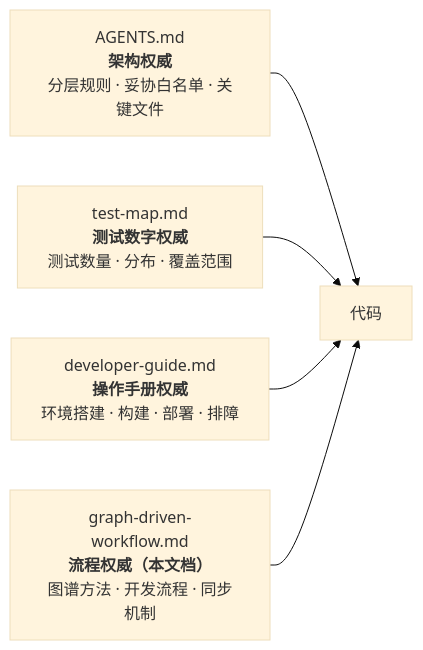
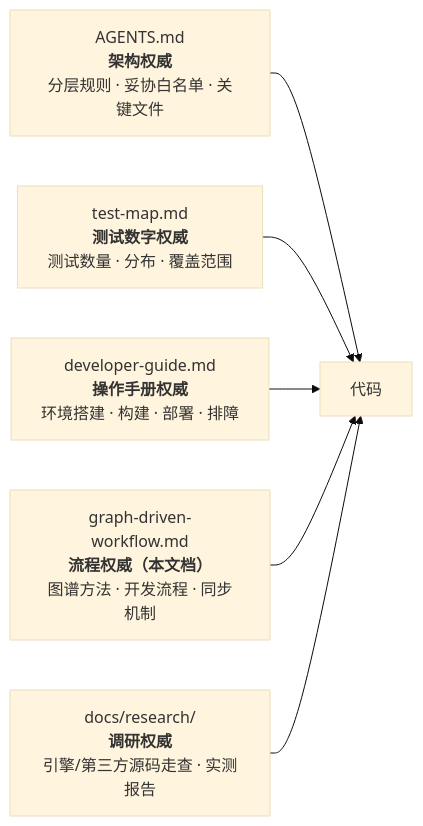
Before and after one commit to zyejf/AutoHotkeydemo: the first of 11 diagrams in docs/graph-driven-workflow.md, drawn with Mermaid (base theme). The commit also changed other lines of this file and 19 other files, not shown here.

````diff
--- a/docs/graph-driven-workflow.md
+++ b/docs/graph-driven-workflow.md
@@ -44,7 +44,8 @@
 ```mermaid
 flowchart LR
-    A["AGENTS.md<br/><b>架构权威</b><br/>分层规则 · 妥协白名单 · 关键文件"] --> E["代码"]
-    B["test-map.md<br/><b>测试数字权威</b><br/>测试数量 · 分布 · 覆盖范围"] --> E
-    C["developer-guide.md<br/><b>操作手册权威</b><br/>环境搭建 · 构建 · 部署 · 排障"] --> E
-    D["graph-driven-workflow.md<br/><b>流程权威（本文档）</b><br/>图谱方法 · 开发流程 · 同步机制"] --> E
+    A["AGENTS.md<br/><b>架构权威</b><br/>分层规则 · 妥协白名单 · 关键文件"] --> F["代码"]
+    B["test-map.md<br/><b>测试数字权威</b><br/>测试数量 · 分布 · 覆盖范围"] --> F
+    C["developer-guide.md<br/><b>操作手册权威</b><br/>环境搭建 · 构建 · 部署 · 排障"] --> F
+    D["graph-driven-workflow.md<br/><b>流程权威（本文档）</b><br/>图谱方法 · 开发流程 · 同步机制"] --> F
+    E["docs/research/<br/><b>调研权威</b><br/>引擎/第三方源码走查 · 实测报告"] --> F
 ```
````
